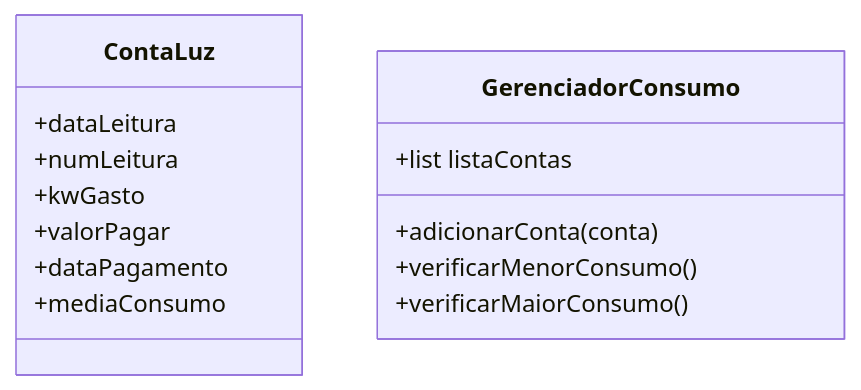
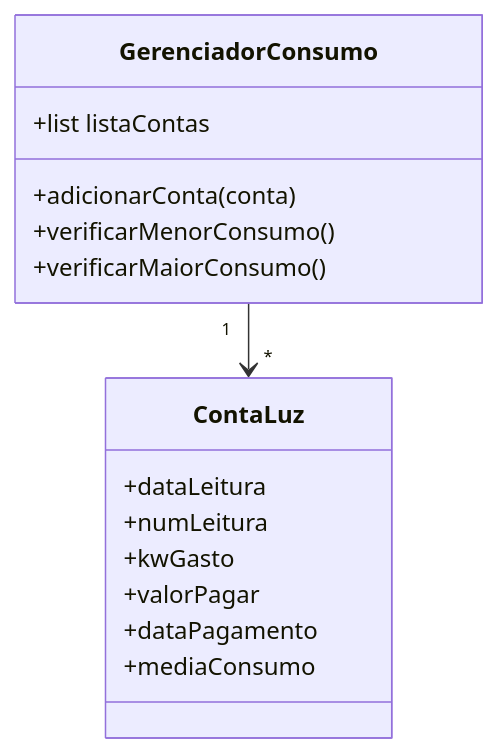
Before and after one commit to Breno-Alexandre1604/Analise-Projeto-Sistemas-AV1: the first of 4 diagrams in REQUISITOS.md, drawn with Mermaid. The commit also changed other lines of this file, not shown here.

````diff
--- a/REQUISITOS.md
+++ b/REQUISITOS.md
@@ -24,17 +24,18 @@
 ```mermaid
 classDiagram
     class ContaLuz {
         +dataLeitura
         +numLeitura
         +kwGasto
         +valorPagar
         +dataPagamento
         +mediaConsumo
     }
     class GerenciadorConsumo {
         +list listaContas
         +adicionarConta(conta)
         +verificarMenorConsumo()
         +verificarMaiorConsumo()
     }
+    GerenciadorConsumo "1" --> "*" ContaLuz
 ```
````
